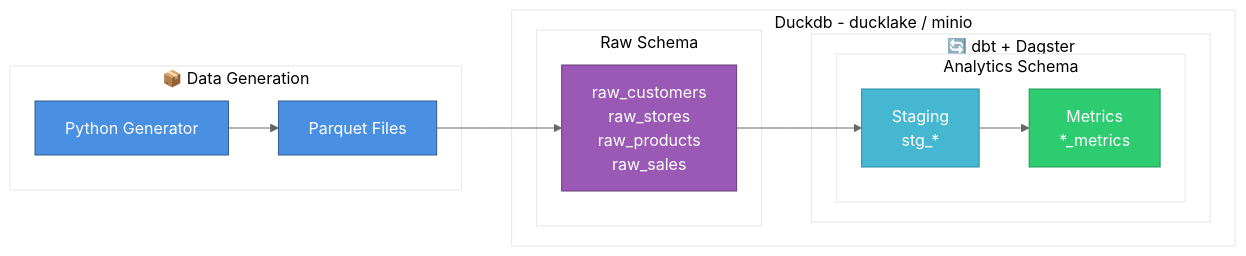
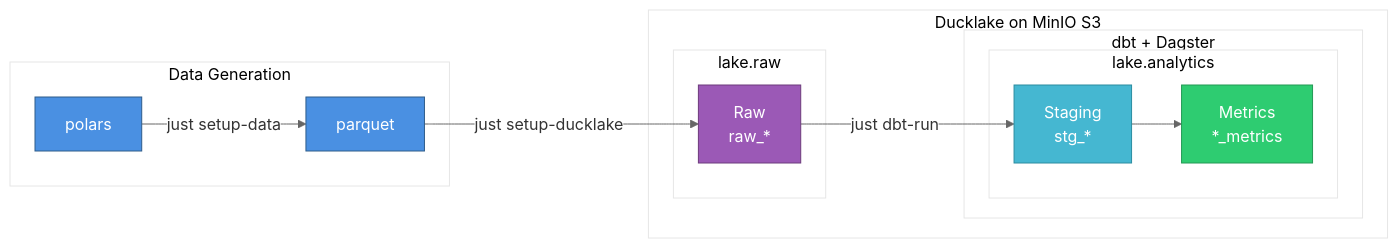
Before and after one commit to adammarples/testbed: the diagram in README.md, drawn with Mermaid. The commit also changed other lines of this file and 3 other files, not shown here.

````diff
--- a/README.md
+++ b/README.md
@@ -41,32 +41,32 @@
 ```mermaid
 %%{init: {'theme':'base', 'themeVariables': {'primaryColor':'#f0f0f0','primaryTextColor':'#333','primaryBorderColor':'#666','lineColor':'#666','secondaryColor':'#fff','tertiaryColor':'#fff'}}}%%
 flowchart LR
-    subgraph gen["📦 Data Generation"]
-        A[Python Generator]
-        B[Parquet Files]
-        A --> B
+    subgraph gen["Data Generation"]
+        A[polars]
+        B[parquet]
+        A --> |just setup-data|B
     end
 
-    subgraph lake["Duckdb - ducklake / minio"]
-        subgraph raw["Raw Schema"]
-            C[raw_customers<br/>raw_stores<br/>raw_products<br/>raw_sales]
+    subgraph lake["Ducklake on MinIO S3"]
+        subgraph raw["lake.raw"]
+            C[Raw<br/>raw_*]
         end
 
-        subgraph orch["🔄 dbt + Dagster"]
-            subgraph analytics["Analytics Schema"]
+        subgraph orch["dbt + Dagster"]
+            subgraph analytics["lake.analytics"]
                 D[Staging<br/>stg_*]
                 E[Metrics<br/>*_metrics]
             end
         end
     end
 
-    B --> C
-    C --> D
+    B -->|just setup-ducklake| C
+    C -->|just dbt-run| D
     D --> E
 
     style A fill:#4a90e2,stroke:#2e5c8a,color:#fff
     style B fill:#4a90e2,stroke:#2e5c8a,color:#fff
     style C fill:#9b59b6,stroke:#6c3a7c,color:#fff
     style D fill:#45b7d1,stroke:#2a8ca0,color:#fff
     style E fill:#2ecc71,stroke:#229954,color:#fff
 ```
````
